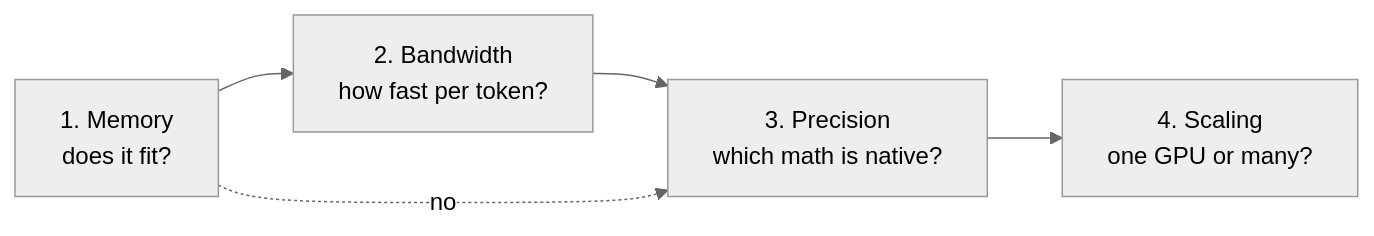
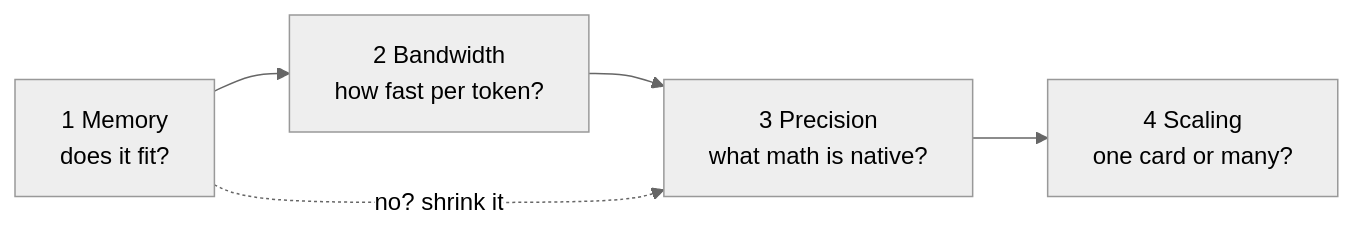
The first of 4 diagrams in content/posts/2026-09-23-gpu-numbers-that-matter-for-llm-inference.md (osmangoninahid/osmangoninahid.github.io), drawn with Mermaid (neutral theme) before and after one commit. The commit also changed other lines of this file and 1 other file, not shown here.

Commit message:
post: rewrite as a teaching post, four sketch diagrams, no attribution line; mermaid hand-drawn look

```diff
--- a/content/posts/2026-09-23-gpu-numbers-that-matter-for-llm-inference.md
+++ b/content/posts/2026-09-23-gpu-numbers-that-matter-for-llm-inference.md
@@ -14,7 +12,7 @@
 {{< mermaid >}}
 flowchart LR
-  A["1. Memory<br/>does it fit?"] --> B["2. Bandwidth<br/>how fast per token?"]
-  B --> C["3. Precision<br/>which math is native?"]
-  C --> D["4. Scaling<br/>one GPU or many?"]
-  A -. no .-> C
+  A["1 Memory<br/>does it fit?"] --> B["2 Bandwidth<br/>how fast per token?"]
+  B --> C["3 Precision<br/>what math is native?"]
+  C --> D["4 Scaling<br/>one card or many?"]
+  A -. "no? shrink it" .-> C
 {{< /mermaid >}}
```
